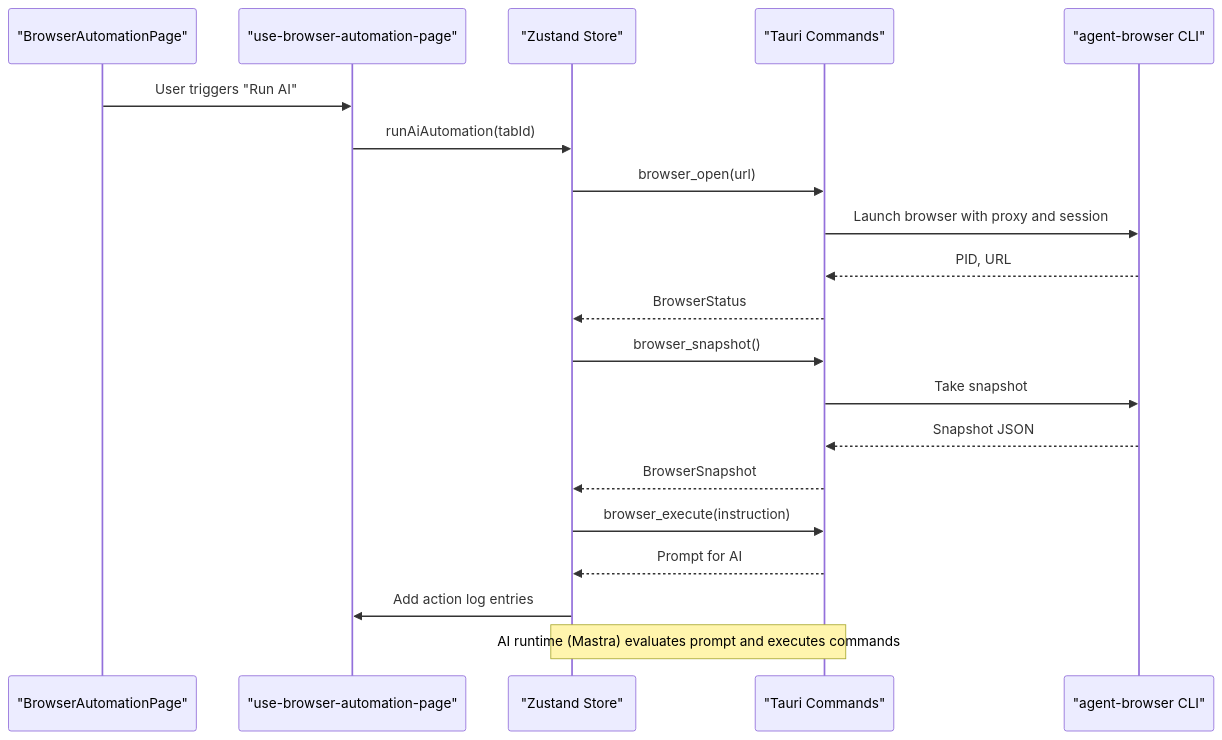
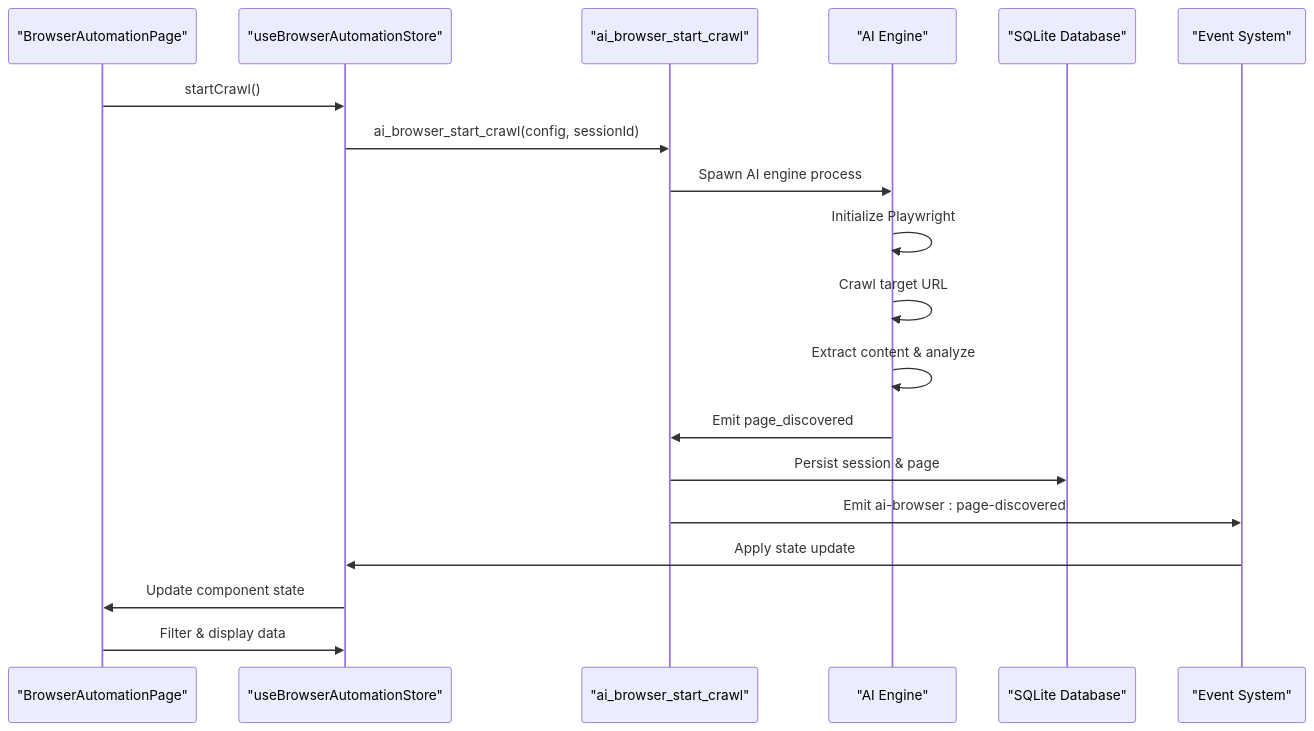
Before and after one commit to arhamymr/hexbuffer: the second of 4 diagrams in .qoder/repowiki/en/content/Browser Automation.md, drawn with Mermaid. The commit also changed other lines of this file and 21 other files, not shown here.

````diff
--- a/.qoder/repowiki/en/content/Browser Automation.md
+++ b/.qoder/repowiki/en/content/Browser Automation.md
@@ -103,22 +123,21 @@
 ```mermaid
 sequenceDiagram
 participant UI as "BrowserAutomationPage"
-participant Hook as "use-browser-automation-page"
-participant Store as "Zustand Store"
-participant Tauri as "Tauri Commands"
-participant Agent as "agent-browser CLI"
-UI->>Hook : User triggers "Run AI"
-Hook->>Store : runAiAutomation(tabId)
-Store->>Tauri : browser_open(url)
-Tauri->>Agent : Launch browser with proxy and session
-Agent-->>Tauri : PID, URL
-Tauri-->>Store : BrowserStatus
-Store->>Tauri : browser_snapshot()
-Tauri->>Agent : Take snapshot
-Agent-->>Tauri : Snapshot JSON
-Tauri-->>Store : BrowserSnapshot
-Store->>Tauri : browser_execute(instruction)
-Tauri-->>Store : Prompt for AI
-Store->>Hook : Add action log entries
-Note over Store,Tauri : AI runtime (Mastra) evaluates prompt and executes commands
+participant Store as "useBrowserAutomationStore"
+participant Tauri as "ai_browser_start_crawl"
+participant Engine as "AI Engine"
+participant DB as "SQLite Database"
+participant Events as "Event System"
+UI->>Store : startCrawl()
+Store->>Tauri : ai_browser_start_crawl(config, sessionId)
+Tauri->>Engine : Spawn AI engine process
+Engine->>Engine : Initialize Playwright
+Engine->>Engine : Crawl target URL
+Engine->>Engine : Extract content & analyze
+Engine->>Tauri : Emit page_discovered
+Tauri->>DB : Persist session & page
+Tauri->>Events : Emit ai-browser : page-discovered
+Events->>Store : Apply state update
+Store->>UI : Update component state
+UI->>Store : Filter & display data
 ```
````
